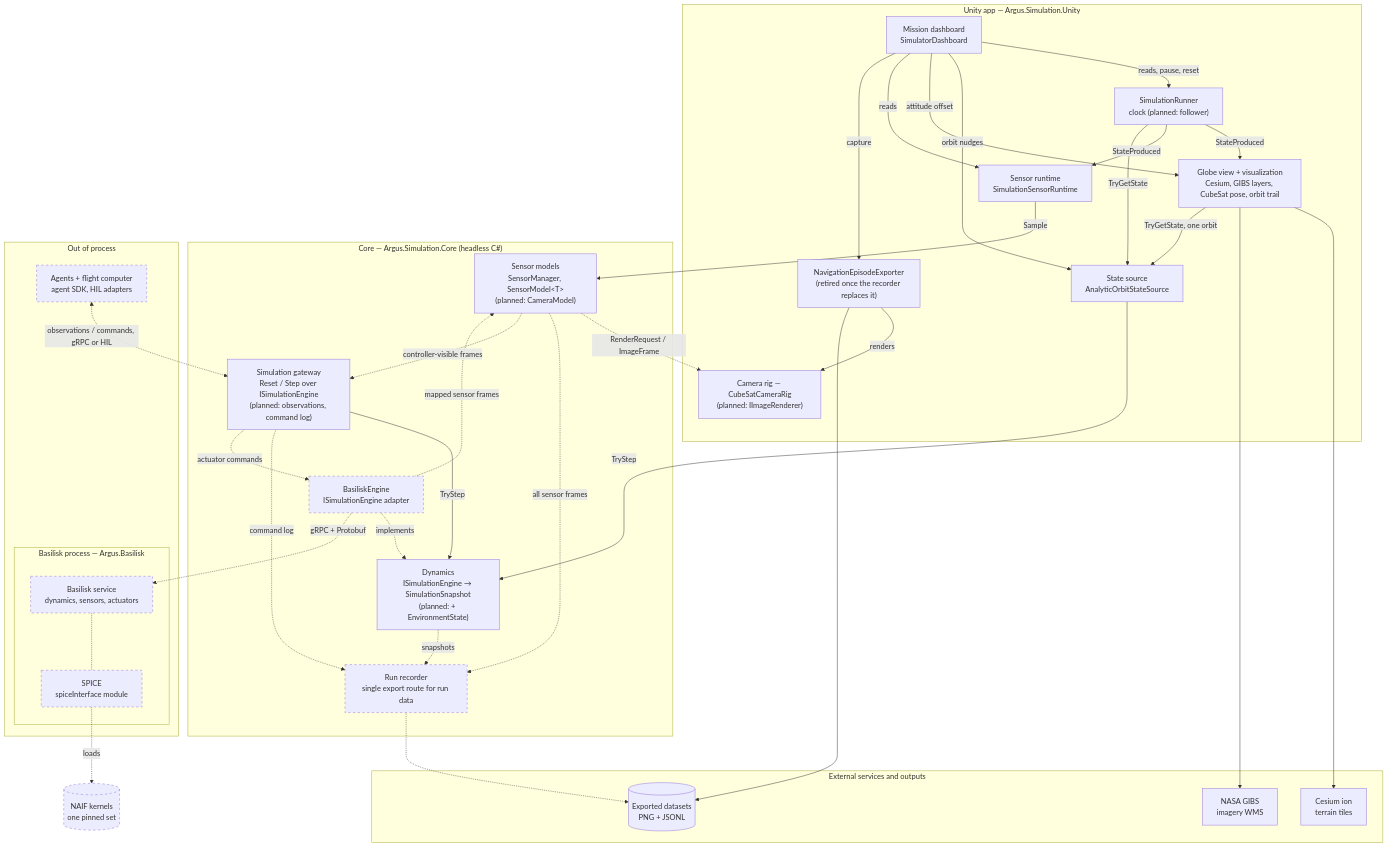
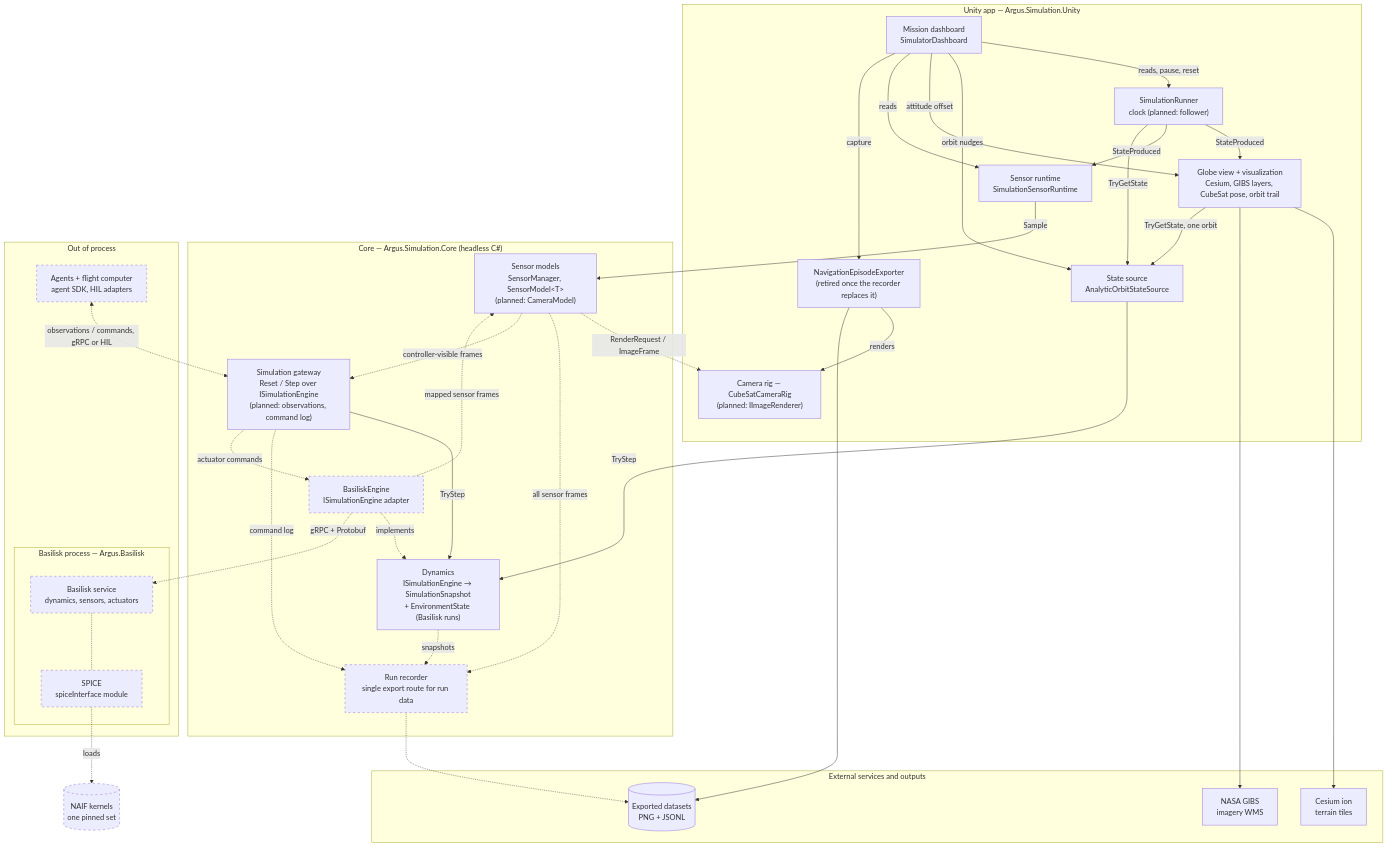
Before and after one commit to cmu-argus-2/argus_simulation: the first of 2 diagrams in docs/target-architecture.md, drawn with Mermaid. The commit also changed other lines of this file and 9 other files, not shown here.

````diff
--- a/docs/target-architecture.md
+++ b/docs/target-architecture.md
@@ -20,70 +20,70 @@
 ```mermaid
 flowchart TB
     subgraph EXT["External services and outputs"]
         ion["Cesium ion<br/>terrain tiles"]
         gibs["NASA GIBS<br/>imagery WMS"]
         data[("Exported datasets<br/>PNG + JSONL")]
     end
 
     subgraph UNITY["Unity app — Argus.Simulation.Unity"]
         globe["Globe view + visualization<br/>Cesium, GIBS layers, CubeSat pose, orbit trail"]
         camr["Camera rig — CubeSatCameraRig<br/>(planned: IImageRenderer)"]
         runner["SimulationRunner<br/>clock (planned: follower)"]
         src["State source<br/>AnalyticOrbitStateSource"]
         sens["Sensor runtime<br/>SimulationSensorRuntime"]
         dash["Mission dashboard<br/>SimulatorDashboard"]
         exporter["NavigationEpisodeExporter<br/>(retired once the recorder replaces it)"]
     end
 
     subgraph CORE["Core — Argus.Simulation.Core (headless C#)"]
-        dyn["Dynamics<br/>ISimulationEngine → SimulationSnapshot<br/>(planned: + EnvironmentState)"]
+        dyn["Dynamics<br/>ISimulationEngine → SimulationSnapshot<br/>+ EnvironmentState (Basilisk runs)"]
         smod["Sensor models<br/>SensorManager, SensorModel&lt;T&gt;<br/>(planned: CameraModel)"]
         gate["Simulation gateway<br/>Reset / Step over ISimulationEngine<br/>(planned: observations, command log)"]
         beng["BasiliskEngine<br/>ISimulationEngine adapter"]
         rec["Run recorder<br/>single export route for run data"]
     end
 
     subgraph OOP["Out of process"]
         subgraph BSKP["Basilisk process — Argus.Basilisk"]
             bsk["Basilisk service<br/>dynamics, sensors, actuators"]
             spice["SPICE<br/>spiceInterface module"]
         end
         agents["Agents + flight computer<br/>agent SDK, HIL adapters"]
     end
 
     naif[("NAIF kernels<br/>one pinned set")]
 
     globe --> ion
     globe --> gibs
     runner -->|StateProduced| globe
     runner -->|StateProduced| sens
     runner -->|TryGetState| src
     globe -->|TryGetState, one orbit| src
     dash -->|reads, pause, reset| runner
     dash -->|orbit nudges| src
     dash -->|attitude offset| globe
     dash -->|reads| sens
     dash -->|capture| exporter
     src -->|TryStep| dyn
     sens -->|Sample| smod
     gate -->|TryStep| dyn
     exporter -->|renders| camr
     exporter --> data
 
     smod -.->|RenderRequest / ImageFrame| camr
     beng -.->|implements| dyn
     beng -.->|mapped sensor frames| smod
     beng -.->|gRPC + Protobuf| bsk
     bsk -.- spice
     spice -.->|loads| naif
     dyn -.->|snapshots| rec
     smod -.->|all sensor frames| rec
     smod -.->|controller-visible frames| gate
     gate -.->|command log| rec
     gate -.->|actuator commands| beng
     agents <-.->|observations / commands, gRPC or HIL| gate
     rec -.-> data
 
     classDef planned stroke-dasharray: 5 5
     class beng,rec,bsk,spice,agents,naif planned
 ```
````
